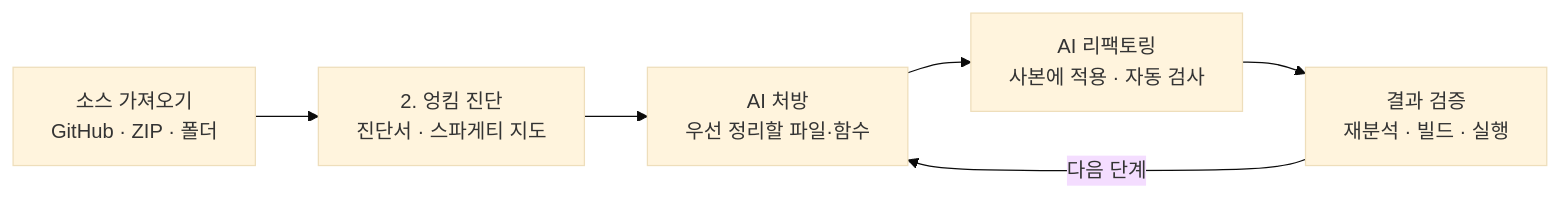
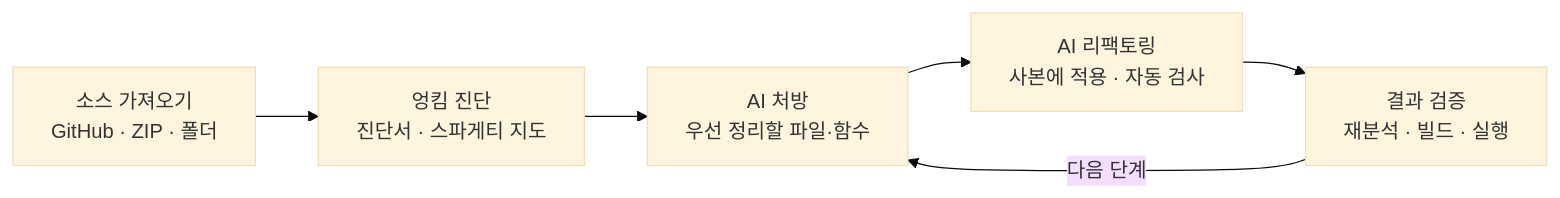
One commit to user313439/game-code-spaghetti-analyzer changed the diagram in README.md. Above: the diagram before and after it, drawn with Mermaid (base theme).

Commit message:
docs: drop the last numbered flowchart label

````diff
--- a/README.md
+++ b/README.md
@@ -23,8 +23,8 @@
 ```mermaid
 flowchart LR
-    A["소스 가져오기<br/>GitHub · ZIP · 폴더"] --> B["2. 엉킴 진단<br/>진단서 · 스파게티 지도"]
+    A["소스 가져오기<br/>GitHub · ZIP · 폴더"] --> B["엉킴 진단<br/>진단서 · 스파게티 지도"]
     B --> C["AI 처방<br/>우선 정리할 파일·함수"]
     C --> D["AI 리팩토링<br/>사본에 적용 · 자동 검사"]
     D --> E["결과 검증<br/>재분석 · 빌드 · 실행"]
     E -- 다음 단계 --> C
 ```
````
